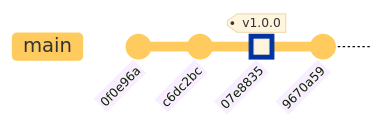
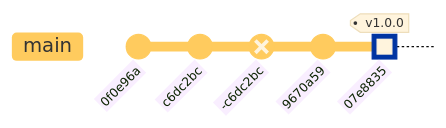
The tenth of 28 diagrams in git-training.qmd (umr-marbec/git-training), drawn with Mermaid before and after one commit. The commit also changed other lines of this file and 1 other file, not shown here.

````diff
--- a/git-training.qmd
+++ b/git-training.qmd
@@ -317,11 +318,12 @@
 ```{mermaid}
-%%|label: fig-graph8
+%%|label: graph8
 %%| fig-width: 3
 %%| fig-align: center
 %%{init: { 'logLevel': 'debug', 'theme': 'base', 'gitGraph': {'rotateCommitLabel': true}}}%%
 gitGraph
     commit id: "0f0e96a"
     commit id: "c6dc2bc"
+    commit id: "-c6dc2bc" type: REVERSE
+    commit id: "9670a59"
     commit id: "07e8835" tag: "v1.0.0" type:HIGHLIGHT
-    commit id: "9670a59"
 ```
````
